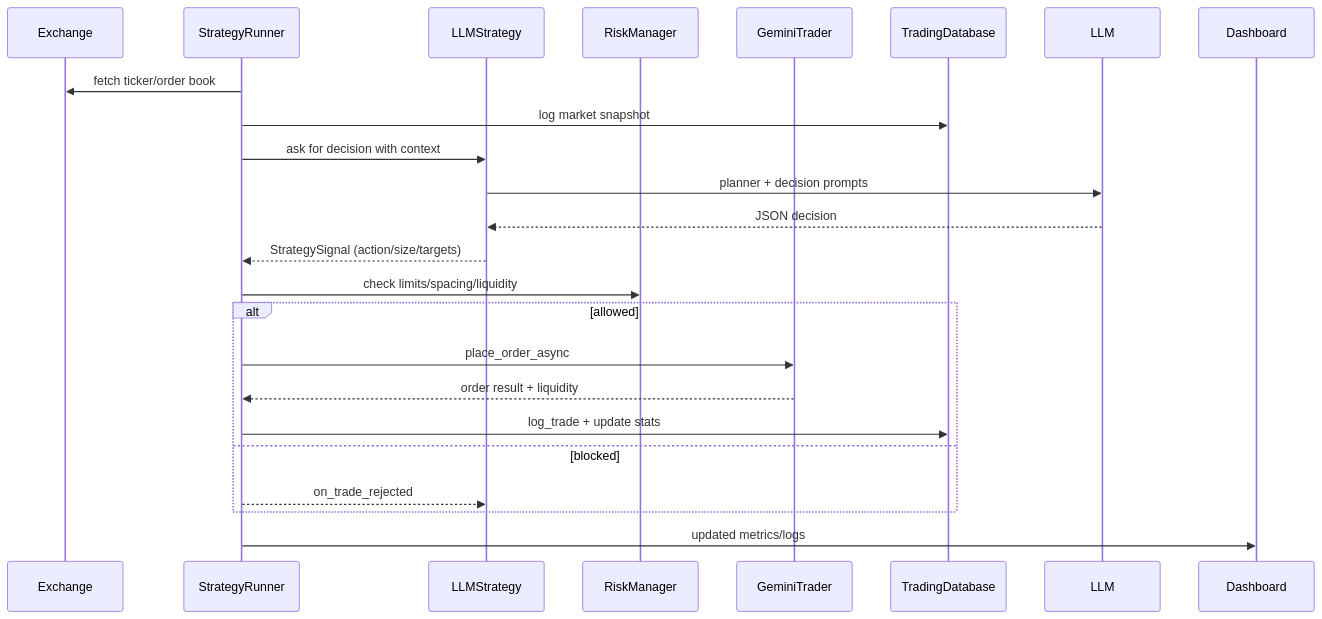
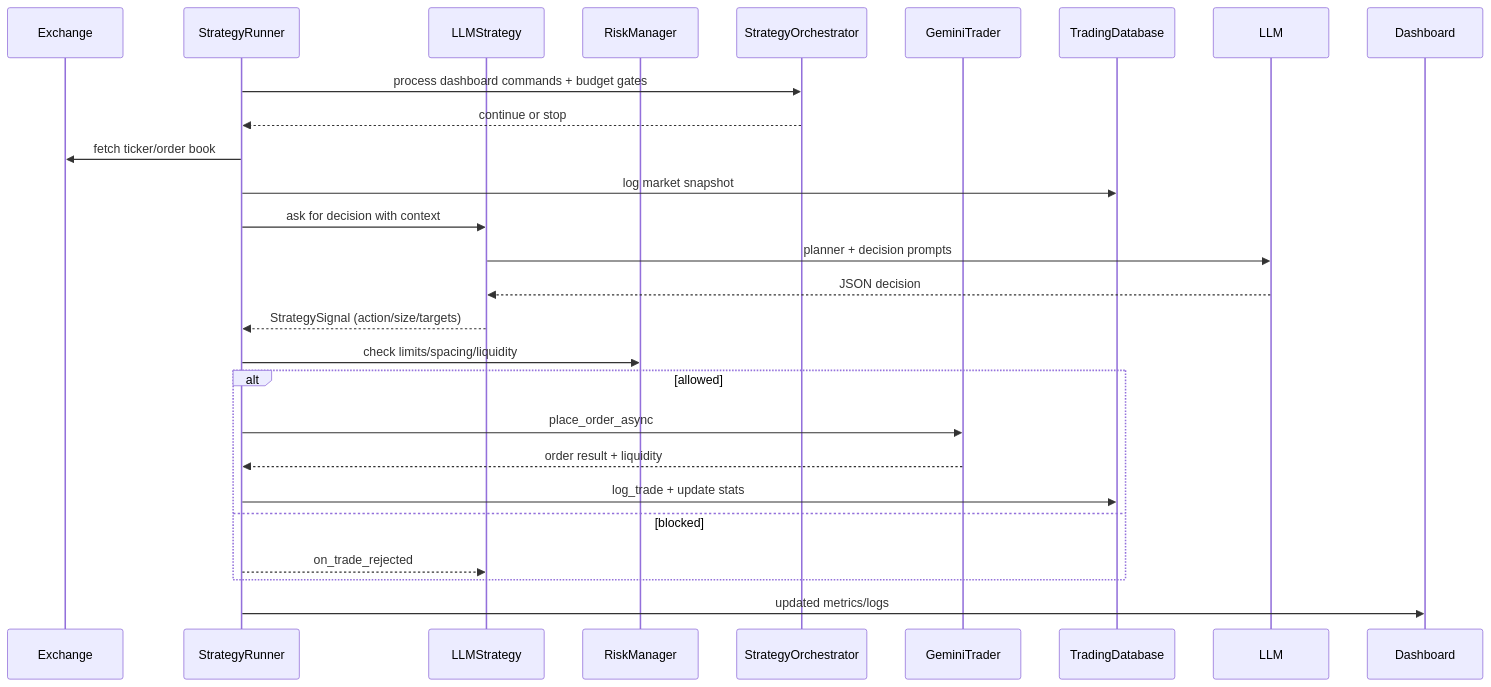
Before and after one commit to dmcd/trader-bot: the second of 2 diagrams in docs/architecture.md, drawn with Mermaid. The commit also changed other lines of this file and 1 other file, not shown here.

First line of the commit message:
Document orchestration boundaries in architecture

````diff
--- a/docs/architecture.md
+++ b/docs/architecture.md
@@ -31,25 +49,28 @@
 ```mermaid
 sequenceDiagram
     participant Ex as Exchange
     participant R as StrategyRunner
     participant S as LLMStrategy
     participant Risk as RiskManager
+    participant Orch as StrategyOrchestrator
     participant T as GeminiTrader
     participant DB as TradingDatabase
 
+    R->>Orch: process dashboard commands + budget gates
+    Orch-->>R: continue or stop
     R->>Ex: fetch ticker/order book
     R->>DB: log market snapshot
     R->>S: ask for decision with context
     S->>LLM: planner + decision prompts
     LLM-->>S: JSON decision
     S-->>R: StrategySignal (action/size/targets)
     R->>Risk: check limits/spacing/liquidity
     alt allowed
         R->>T: place_order_async
         T-->>R: order result + liquidity
         R->>DB: log_trade + update stats
     else blocked
-        R-->>S: on_trade_rejected
+    R-->>S: on_trade_rejected
     end
     R->>Dashboard: updated metrics/logs
 ```
````
